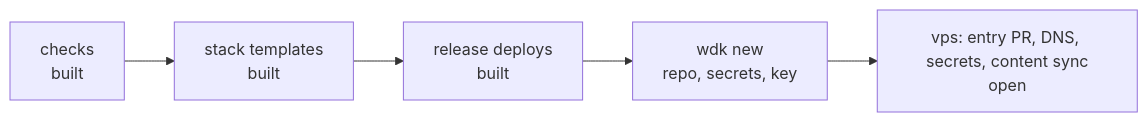
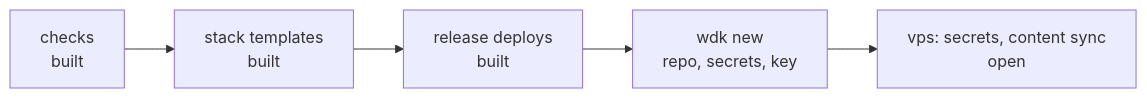
The diagram in docs/roadmap.md (mstcgalis/web-checks), drawn with Mermaid before and after one commit. The commit also changed other lines of this file and 3 other files, not shown here.

First line of the commit message:
feat(new): the vps PR also adds the site's tofu/dns records

````diff
--- a/docs/roadmap.md
+++ b/docs/roadmap.md
@@ -8,5 +8,5 @@
 ```mermaid
 flowchart LR
   checks["checks<br/>built"] --> stacks["stack templates<br/>built"] --> deploy["release deploys<br/>built"]
-  deploy --> new["wdk new<br/>repo, secrets, key"] --> vps["vps: entry PR, DNS, secrets, content sync<br/>open"]
+  deploy --> new["wdk new<br/>repo, secrets, key"] --> vps["vps: secrets, content sync<br/>open"]
 ```
````
